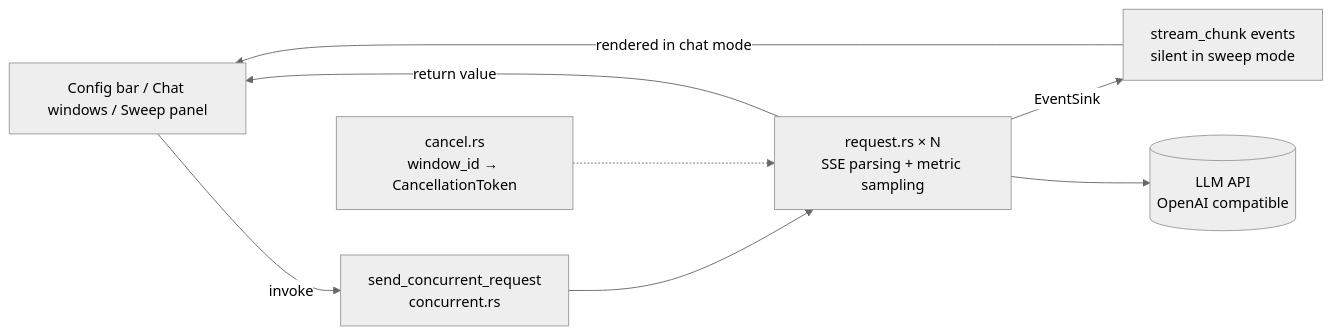
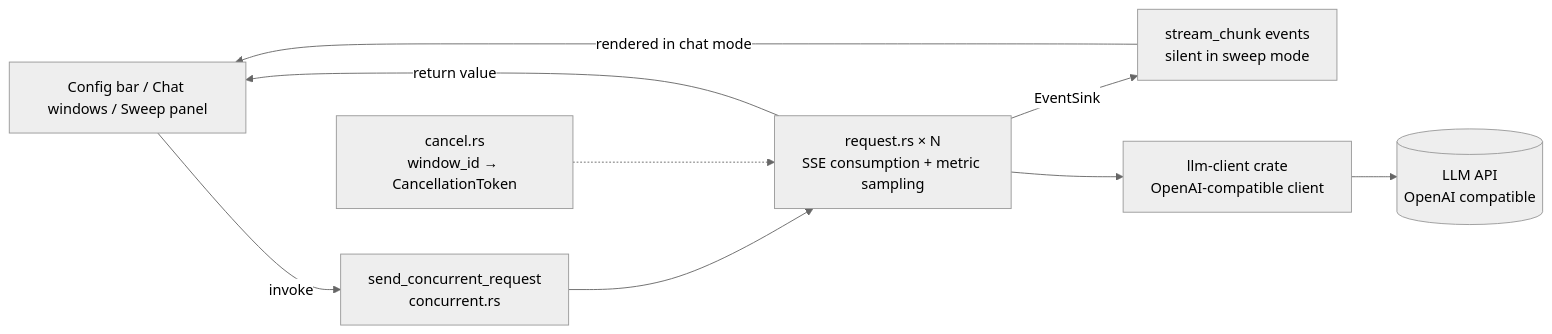
One commit to ieayoio/llmperf changed the diagram in README.en.md. Above: the diagram before and after it, drawn with Mermaid (neutral theme). The commit also changed other lines of this file and 24 other files, not shown here.

First line of the commit message:
把 LLM 调用抽成独立 crate llm-client 并补齐通用能力

````diff
--- a/README.en.md
+++ b/README.en.md
@@ -205,10 +205,11 @@
 ```mermaid
 flowchart LR
     UI["Config bar / Chat windows / Sweep panel"] -->|invoke| CMD["send_concurrent_request<br/>concurrent.rs"]
-    CMD --> R1["request.rs × N<br/>SSE parsing + metric sampling"]
+    CMD --> R1["request.rs × N<br/>SSE consumption + metric sampling"]
     R1 -->|EventSink| EV["stream_chunk events<br/>silent in sweep mode"]
     EV -->|rendered in chat mode| UI
-    R1 --> API[("LLM API<br/>OpenAI compatible")]
+    R1 --> CLIENT["llm-client crate<br/>OpenAI-compatible client"]
+    CLIENT --> API[("LLM API<br/>OpenAI compatible")]
     CANCEL["cancel.rs<br/>window_id → CancellationToken"] -.-> R1
     R1 -->|return value| UI
 ```
````
